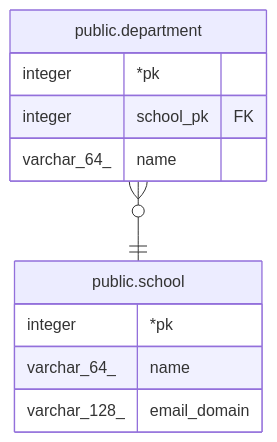
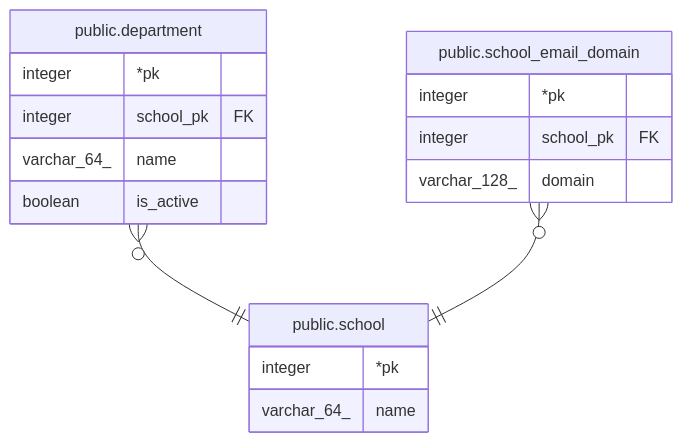
Before and after one commit to gsainfoteam/cheers-be: the diagram in docs/schema/public.school.md, drawn with Mermaid. The commit also changed other lines of this file and 11 other files, not shown here.

Commit message:
- feat: add school email domain table and department active flag (CRB-43)

````diff
--- a/docs/schema/public.school.md
+++ b/docs/schema/public.school.md
@@ -31,16 +28,22 @@
 ```mermaid
 erDiagram
 
 "public.department" }o--|| "public.school" : ""
+"public.school_email_domain" }o--|| "public.school" : ""
 
 "public.school" {
   integer *pk
   varchar_64_ name
-  varchar_128_ email_domain
 }
 "public.department" {
   integer *pk
   integer school_pk FK
   varchar_64_ name
+  boolean is_active
+}
+"public.school_email_domain" {
+  integer *pk
+  integer school_pk FK
+  varchar_128_ domain
 }
 ```
````
